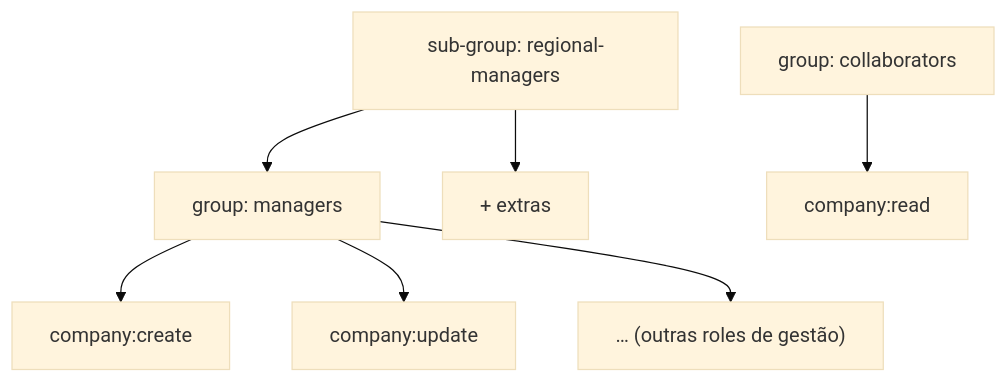
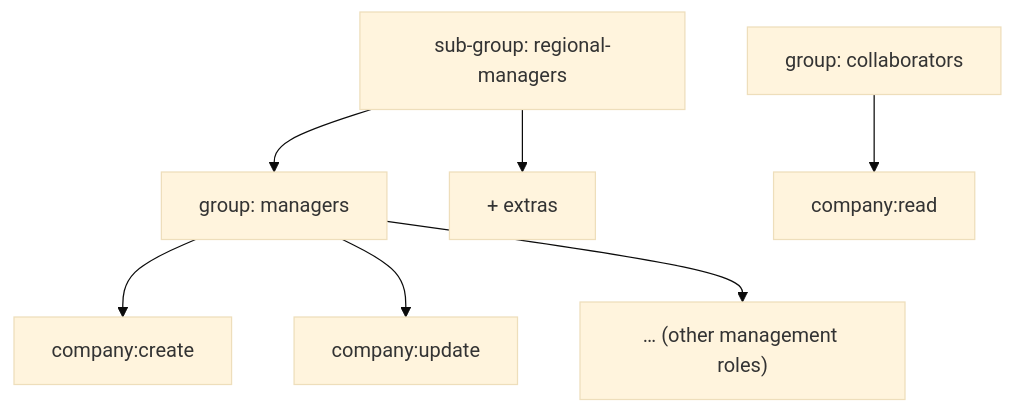
One commit to MatheusWith/Rumoo changed the seventh of 7 diagrams in docs/auth/authentication-authorization.md. Above: the diagram before and after it, drawn with Mermaid (base theme). The commit also changed other lines of this file, not shown here.

````diff
--- a/docs/auth/authentication-authorization.md
+++ b/docs/auth/authentication-authorization.md
@@ -333,9 +347,9 @@
 ```mermaid
 flowchart TD
     M["group: managers"] --> ROLE1["company:create"]
     M --> ROLE2["company:update"]
-    M --> ROLE3["… (outras roles de gestão)"]
+    M --> ROLE3["… (other management roles)"]
     RM["sub-group: regional-managers"] --> M
     RM --> ROLE4["+ extras"]
     C["group: collaborators"] --> ROLE5["company:read"]
 ```
````
